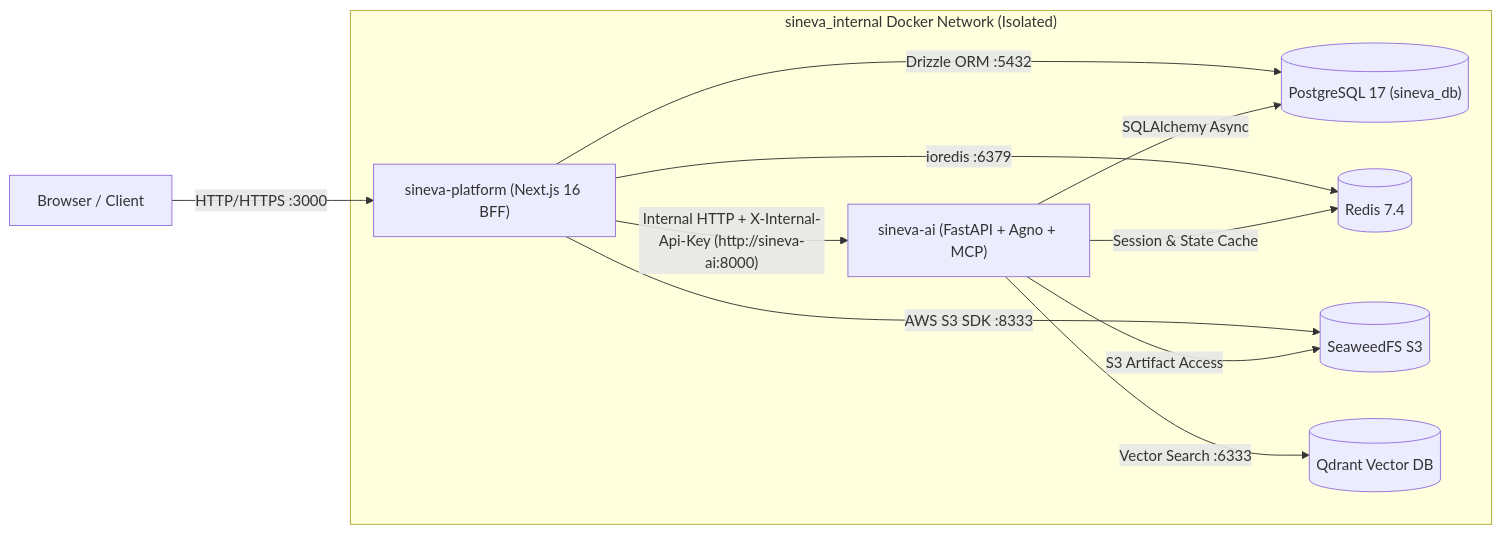
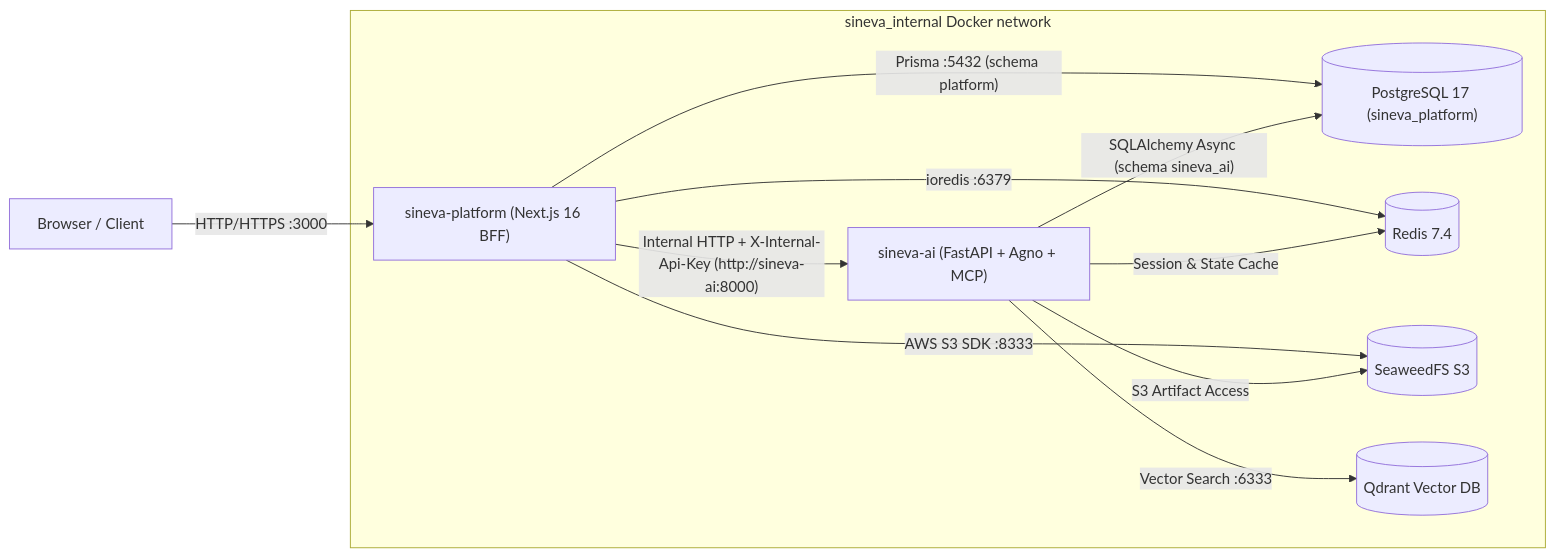
The diagram in README.md (SinevaSolution/sineva-platform), drawn with Mermaid before and after one commit. The commit also changed other lines of this file and 74 other files, not shown here.

````diff
--- a/README.md
+++ b/README.md
@@ -18,14 +18,14 @@
 ```mermaid
 flowchart LR
     User["Browser / Client"] -->|"HTTP/HTTPS :3000"| Web["sineva-platform (Next.js 16 BFF)"]
-    subgraph sineva_internal["sineva_internal Docker Network (Isolated)"]
+    subgraph sineva_internal["sineva_internal Docker network"]
         Web -->|"Internal HTTP + X-Internal-Api-Key (http://sineva-ai:8000)"| AI["sineva-ai (FastAPI + Agno + MCP)"]
-        Web -->|"Drizzle ORM :5432"| PG[("PostgreSQL 17 (sineva_db)")]
+        Web -->|"Prisma :5432 (schema platform)"| PG[("PostgreSQL 17 (sineva_platform)")]
         Web -->|"ioredis :6379"| Redis[("Redis 7.4")]
         Web -->|"AWS S3 SDK :8333"| S3[("SeaweedFS S3")]
-        AI -->|"SQLAlchemy Async"| PG
+        AI -->|"SQLAlchemy Async (schema sineva_ai)"| PG
         AI -->|"Session & State Cache"| Redis
         AI -->|"S3 Artifact Access"| S3
         AI -->|"Vector Search :6333"| Qdrant[("Qdrant Vector DB")]
     end
 ```
````
